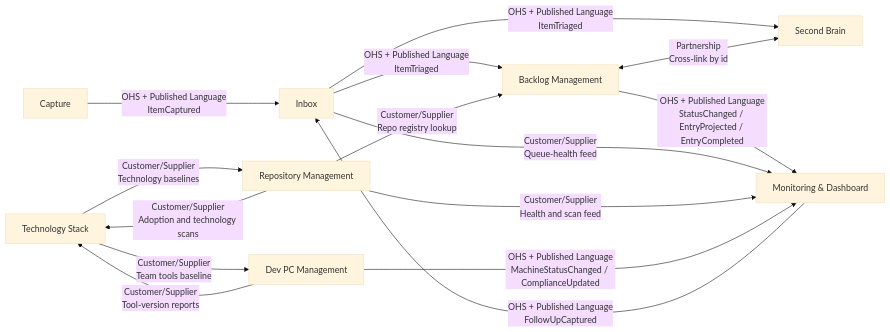
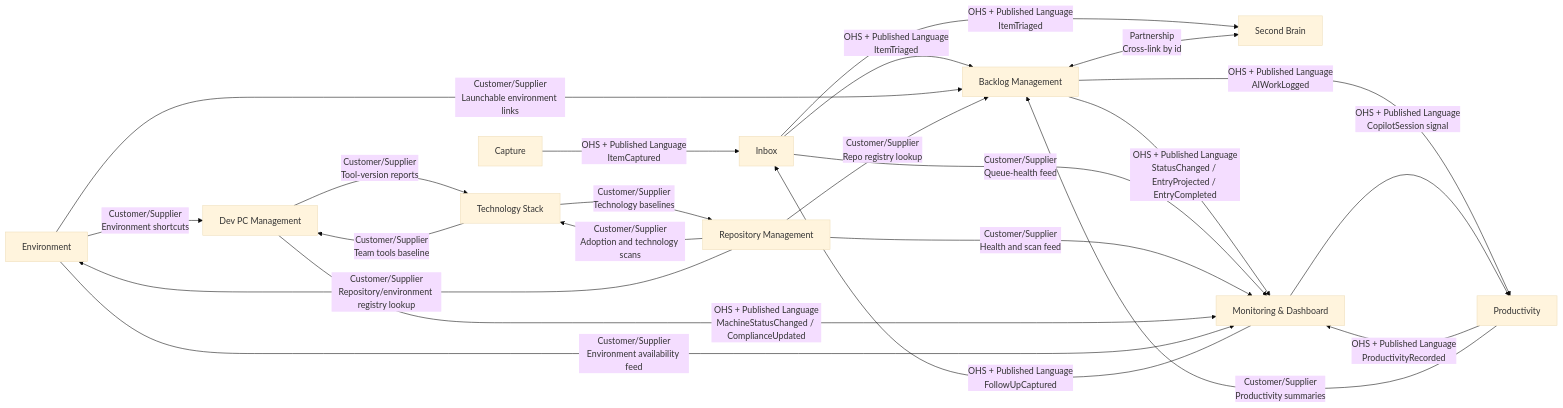
Before and after one commit to JSdotNet/Backlog: the diagram in .domain/context-map.md, drawn with Mermaid (base theme). The commit also changed other lines of this file and 24 other files, not shown here.

Commit message:
Document productivity environment and roadmap boundaries

````diff
--- a/.domain/context-map.md
+++ b/.domain/context-map.md
@@ -32,29 +34,41 @@
 ```mermaid
 flowchart LR
     Capture[Capture]
     Inbox[Inbox]
     Backlog[Backlog Management]
     Brain[Second Brain]
+    Productivity[Productivity]
+    Environment[Environment]
     Monitor[Monitoring & Dashboard]
     Tech[Technology Stack]
     Repo[Repository Management]
     DevPC[Dev PC Management]
 
     Capture -->|OHS + Published Language<br/>ItemCaptured| Inbox
     Inbox -->|OHS + Published Language<br/>ItemTriaged| Backlog
     Inbox -->|OHS + Published Language<br/>ItemTriaged| Brain
     Backlog <-->|Partnership<br/>Cross-link by id| Brain
 
     Backlog -->|OHS + Published Language<br/>StatusChanged / EntryProjected / EntryCompleted| Monitor
     Inbox -->|Customer/Supplier<br/>Queue-health feed| Monitor
     Repo -->|Customer/Supplier<br/>Health and scan feed| Monitor
     DevPC -->|OHS + Published Language<br/>MachineStatusChanged / ComplianceUpdated| Monitor
+    Productivity -->|OHS + Published Language<br/>ProductivityRecorded| Monitor
+    Environment -->|Customer/Supplier<br/>Environment availability feed| Monitor
     Monitor -->|OHS + Published Language<br/>FollowUpCaptured| Inbox
 
     Tech -->|Customer/Supplier<br/>Technology baselines| Repo
     Tech -->|Customer/Supplier<br/>Team tools baseline| DevPC
     Repo -->|Customer/Supplier<br/>Adoption and technology scans| Tech
     DevPC -->|Customer/Supplier<br/>Tool-version reports| Tech
 
+    Backlog -->|OHS + Published Language<br/>AIWorkLogged| Productivity
+    Monitor -->|OHS + Published Language<br/>CopilotSession signal| Productivity
+    Productivity -->|Customer/Supplier<br/>Productivity summaries| Backlog
+
+    Repo -->|Customer/Supplier<br/>Repository/environment registry lookup| Environment
+    Environment -->|Customer/Supplier<br/>Launchable environment links| Backlog
+    Environment -->|Customer/Supplier<br/>Environment shortcuts| DevPC
+
     Repo -->|Customer/Supplier<br/>Repo registry lookup| Backlog
 ```
````
